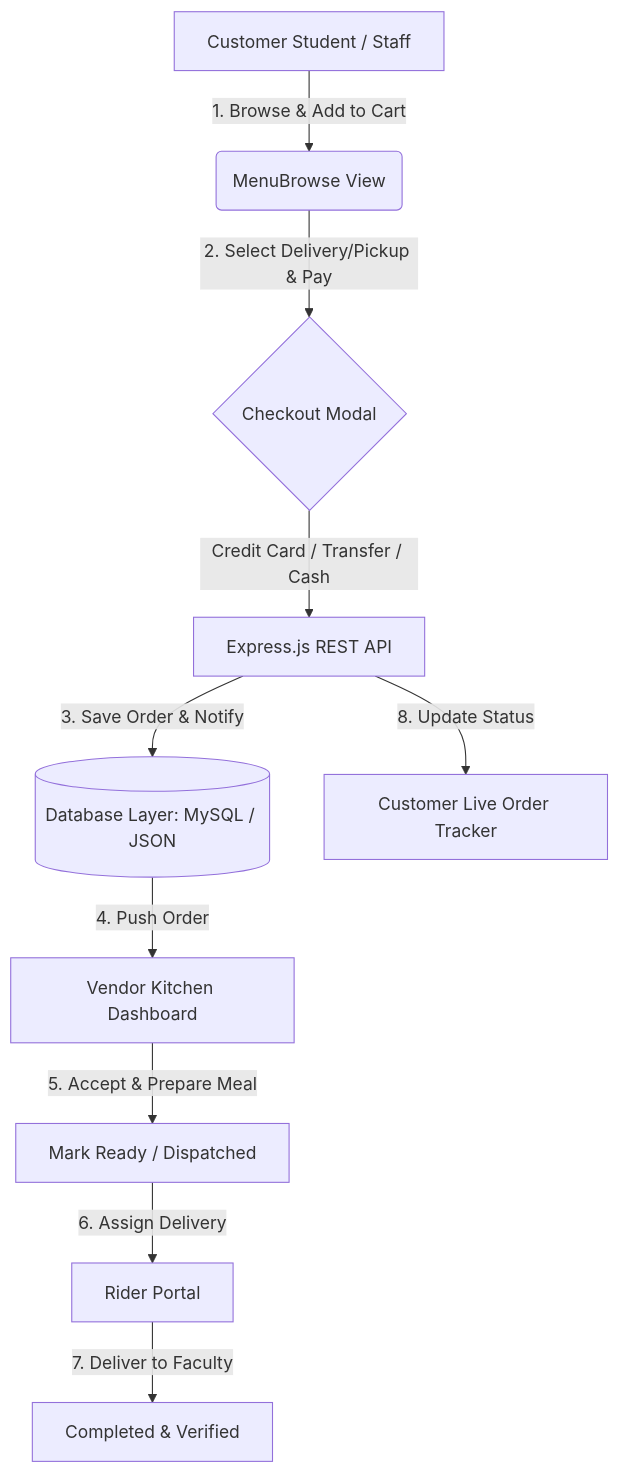
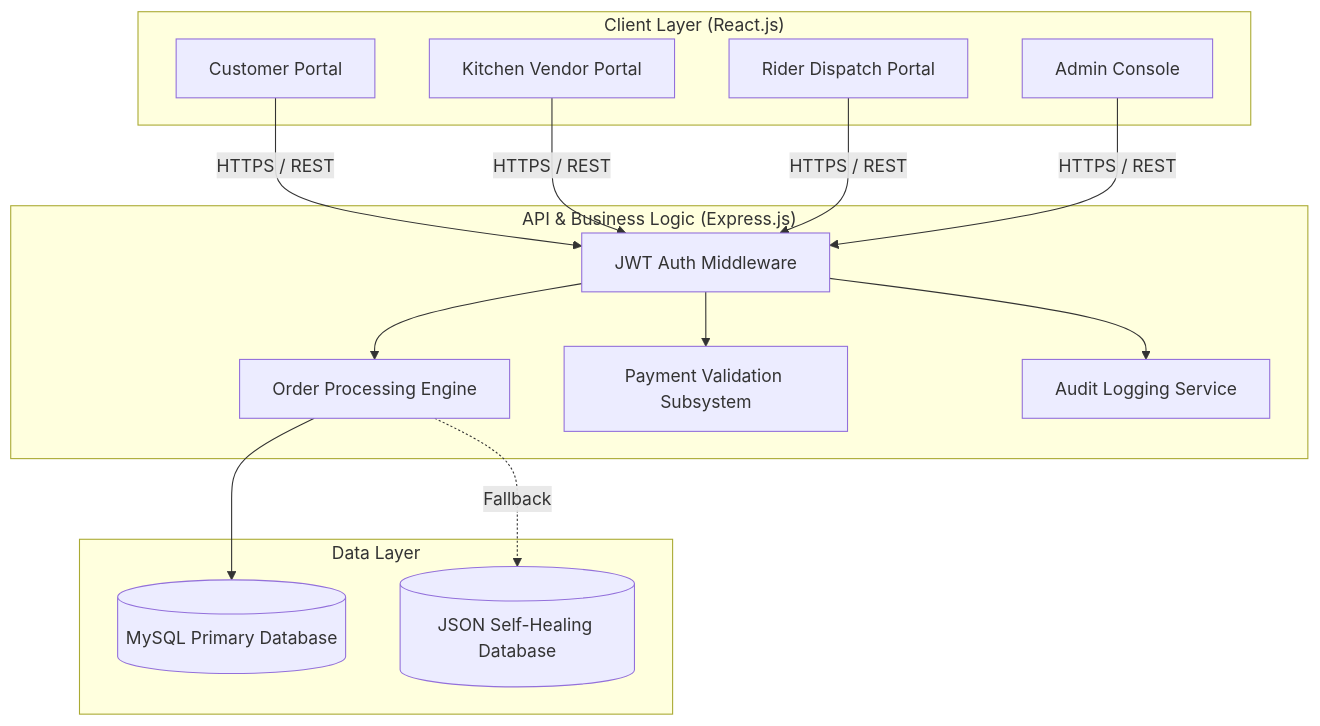
One commit to Zoestrings/fuotuoke-campus-eats changed the diagram in README.md. Above: the diagram before and after it, drawn with Mermaid. The commit also changed other lines of this file, not shown here.

````diff
--- a/README.md
+++ b/README.md
@@ -75,12 +48,33 @@
 ```mermaid
 flowchart TD
-    A[Customer Student / Staff] -->|1. Browse & Add to Cart| B(MenuBrowse View)
-    B -->|2. Select Delivery/Pickup & Pay| C{Checkout Modal}
-    C -->|Credit Card / Transfer / Cash| D[Express.js REST API]
-    D -->|3. Save Order & Notify| E[(Database Layer: MySQL / JSON)]
-    E -->|4. Push Order| F[Vendor Kitchen Dashboard]
-    F -->|5. Accept & Prepare Meal| G[Mark Ready / Dispatched]
-    G -->|6. Assign Delivery| H[Rider Portal]
-    H -->|7. Deliver to Faculty| I[Completed & Verified]
-    D -->|8. Update Status| J[Customer Live Order Tracker]
+    subgraph Client ["Client Layer (React.js)"]
+        A[Customer Portal]
+        B[Kitchen Vendor Portal]
+        C[Rider Dispatch Portal]
+        D[Admin Console]
+    end
+
+    subgraph API ["API & Business Logic (Express.js)"]
+        E[JWT Auth Middleware]
+        F[Order Processing Engine]
+        G[Payment Validation Subsystem]
+        H[Audit Logging Service]
+    end
+
+    subgraph Storage ["Data Layer"]
+        I[(MySQL Primary Database)]
+        J[(JSON Self-Healing Database)]
+    end
+
+    A -->|HTTPS / REST| E
+    B -->|HTTPS / REST| E
+    C -->|HTTPS / REST| E
+    D -->|HTTPS / REST| E
+
+    E --> F
+    E --> G
+    E --> H
+
+    F --> I
+    F -.->|Fallback| J
 ```
````
